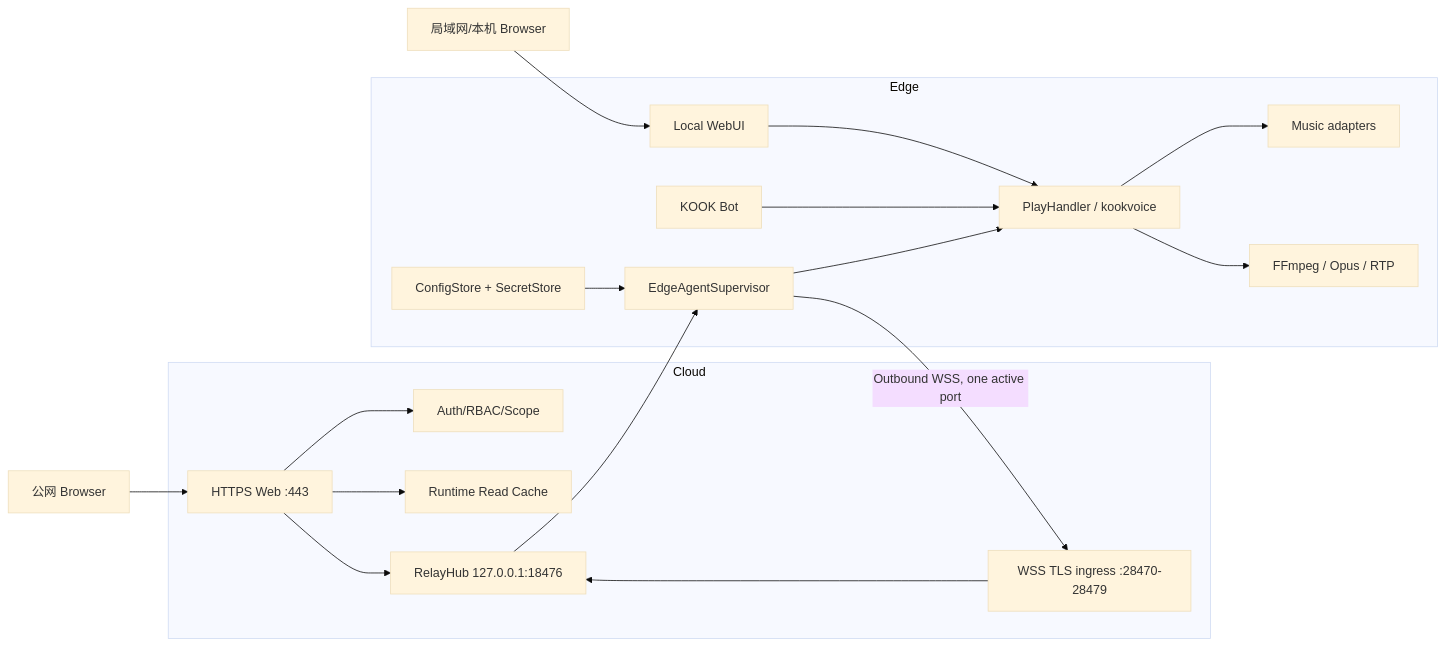
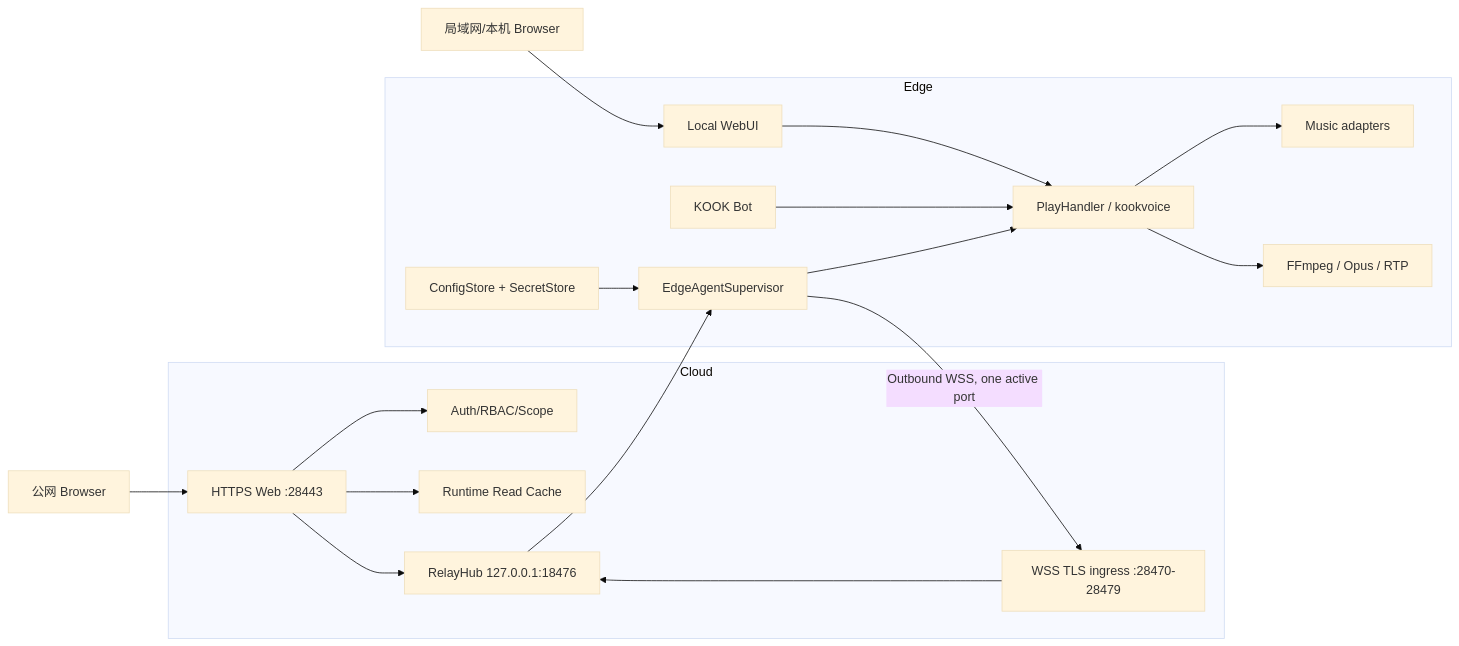
Before and after one commit to xrggen/Kook_Web_Music: the diagram in docs/cloud-edge-architecture.md, drawn with Mermaid (base theme). The commit also changed other lines of this file, not shown here.

Commit message:
docs: align cloud edge architecture with nonstandard web port

````diff
--- a/docs/cloud-edge-architecture.md
+++ b/docs/cloud-edge-architecture.md
@@ -16,38 +16,38 @@
 ```mermaid
 flowchart LR
     U[公网 Browser]
     L[局域网/本机 Browser]
 
     subgraph CLOUD["Cloud"]
-      WEB[HTTPS Web :443]
+      WEB[HTTPS Web :28443]
       AUTH[Auth/RBAC/Scope]
       CACHE[Runtime Read Cache]
       PROXY[WSS TLS ingress :28470-28479]
       HUB[RelayHub 127.0.0.1:18476]
     end
 
     subgraph EDGE["Edge"]
       LUI[Local WebUI]
       SUP[EdgeAgentSupervisor]
       CFG[ConfigStore + SecretStore]
       BOT[KOOK Bot]
       RT[PlayHandler / kookvoice]
       MUSIC[Music adapters]
       FFMPEG[FFmpeg / Opus / RTP]
     end
 
     U --> WEB
     WEB --> AUTH
     WEB --> CACHE
     WEB --> HUB
     PROXY --> HUB
     SUP -->|Outbound WSS, one active port| PROXY
     CFG --> SUP
     L --> LUI
     LUI --> RT
     BOT --> RT
     HUB --> SUP
     SUP --> RT
     RT --> FFMPEG
     RT --> MUSIC
 ```
````
